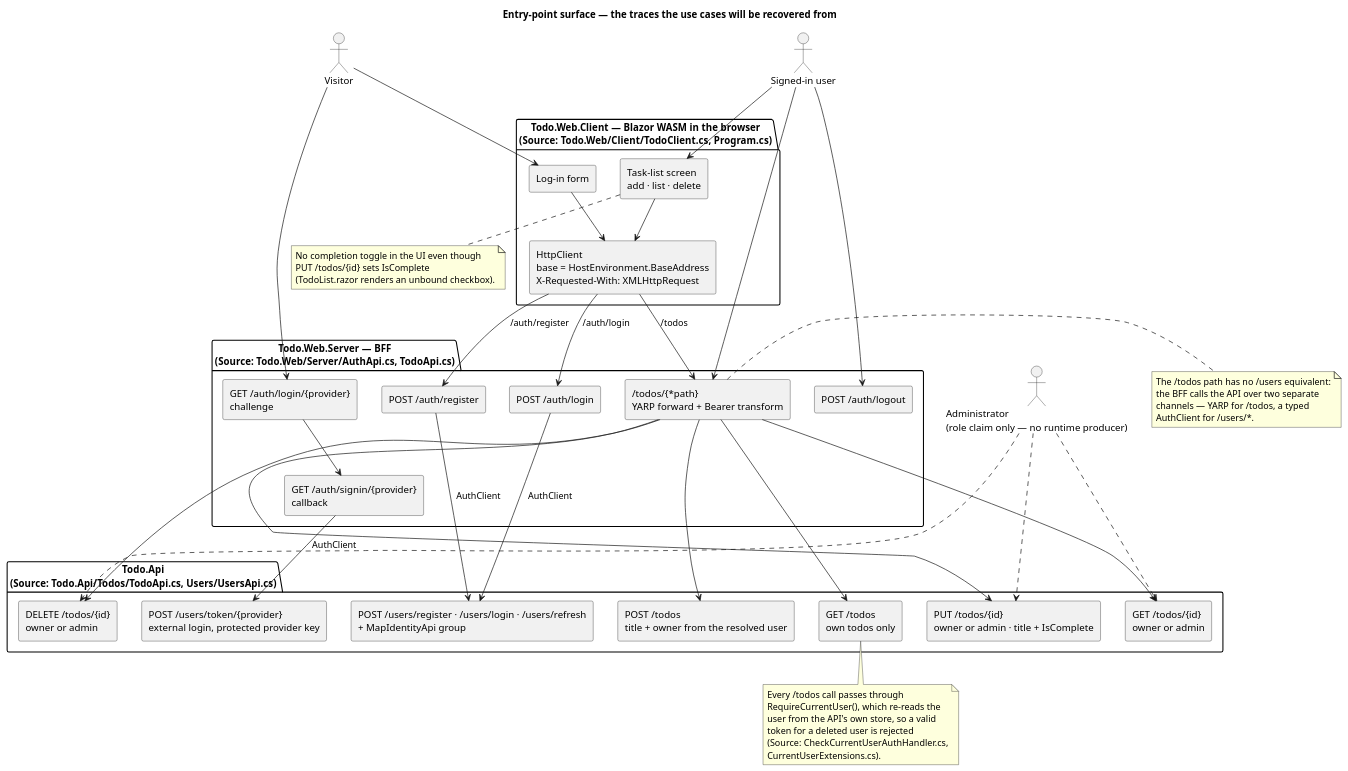
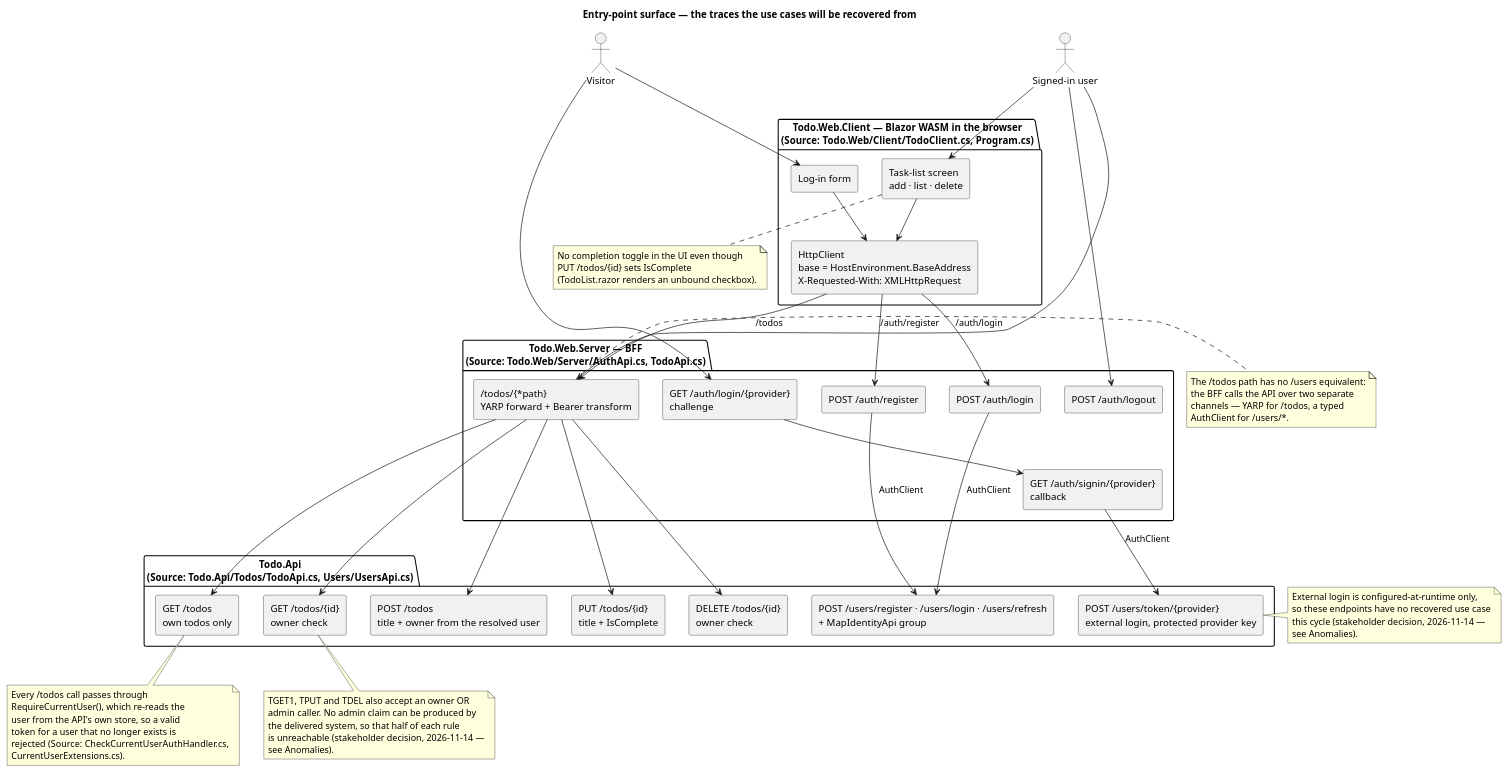
Before and after one commit to banense-test/TodoApp: the second of 6 diagrams in docs/artifacts/discovery/system-inventory.md, drawn with PlantUML. The commit also changed other lines of this file, not shown here.

Commit message:
Software Archaeologist [Survey1]: upsert System Inventory
[skip ci]

````diff
--- a/docs/artifacts/discovery/system-inventory.md
+++ b/docs/artifacts/discovery/system-inventory.md
@@ -114,7 +118,6 @@
 
 actor "Visitor" as VIS
 actor "Signed-in user" as USR
-actor "Administrator\n(role claim only — no runtime producer)" as ADM
 
 package "Todo.Web.Client — Blazor WASM in the browser\n(Source: Todo.Web/Client/TodoClient.cs, Program.cs)" {
   component "Task-list screen\nadd · list · delete" as UI1
@@ -133,10 +136,10 @@
 
 package "Todo.Api\n(Source: Todo.Api/Todos/TodoApi.cs, Users/UsersApi.cs)" {
   component "GET /todos\nown todos only" as TGET
-  component "GET /todos/{id}\nowner or admin" as TGET1
+  component "GET /todos/{id}\nowner check" as TGET1
   component "POST /todos\ntitle + owner from the resolved user" as TPOST
-  component "PUT /todos/{id}\nowner or admin · title + IsComplete" as TPUT
-  component "DELETE /todos/{id}\nowner or admin" as TDEL
+  component "PUT /todos/{id}\ntitle + IsComplete" as TPUT
+  component "DELETE /todos/{id}\nowner check" as TDEL
   component "POST /users/register · /users/login · /users/refresh\n+ MapIdentityApi group" as UIDN
   component "POST /users/token/{provider}\nexternal login, protected provider key" as UEXT
 }
@@ -160,9 +163,6 @@
 BFWD --> TGET1
 BFWD --> TPUT
 BFWD --> TDEL
-ADM -.-> TGET1
-ADM -.-> TPUT
-ADM -.-> TDEL
 
 note right of BFWD
   The /todos path has no /users equivalent:
@@ -174,8 +174,8 @@
   Every /todos call passes through
   RequireCurrentUser(), which re-reads the
   user from the API's own store, so a valid
-  token for a deleted user is rejected
-  (Source: CheckCurrentUserAuthHandler.cs,
+  token for a user that no longer exists is
+  rejected (Source: CheckCurrentUserAuthHandler.cs,
   CurrentUserExtensions.cs).
 end note
 note bottom of UI1
@@ -183,5 +183,18 @@
   PUT /todos/{id} sets IsComplete
   (TodoList.razor renders an unbound checkbox).
 end note
+note right of UEXT
+  External login is configured-at-runtime only,
+  so these endpoints have no recovered use case
+  this cycle (stakeholder decision, 2026-11-14 —
+  see Anomalies).
+end note
+note bottom of TGET1
+  TGET1, TPUT and TDEL also accept an owner OR
+  admin caller. No admin claim can be produced by
+  the delivered system, so that half of each rule
+  is unreachable (stakeholder decision, 2026-11-14 —
+  see Anomalies).
+end note
 @enduml
 ```
````
